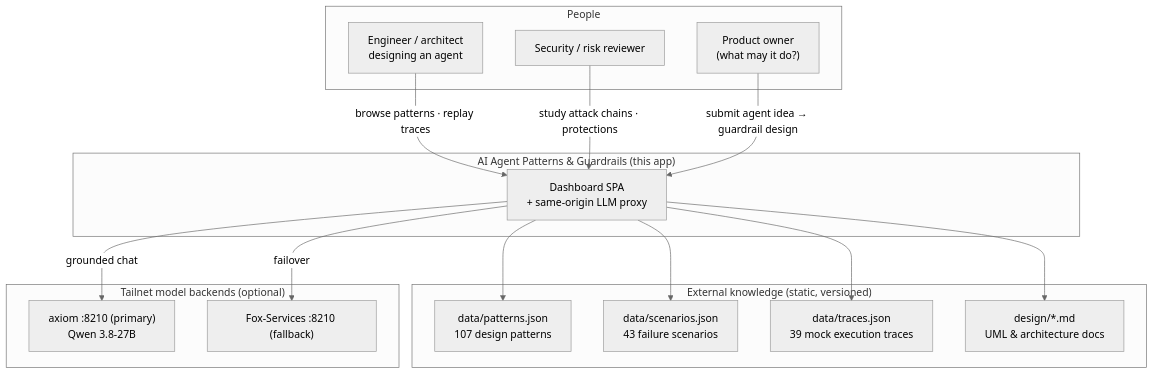
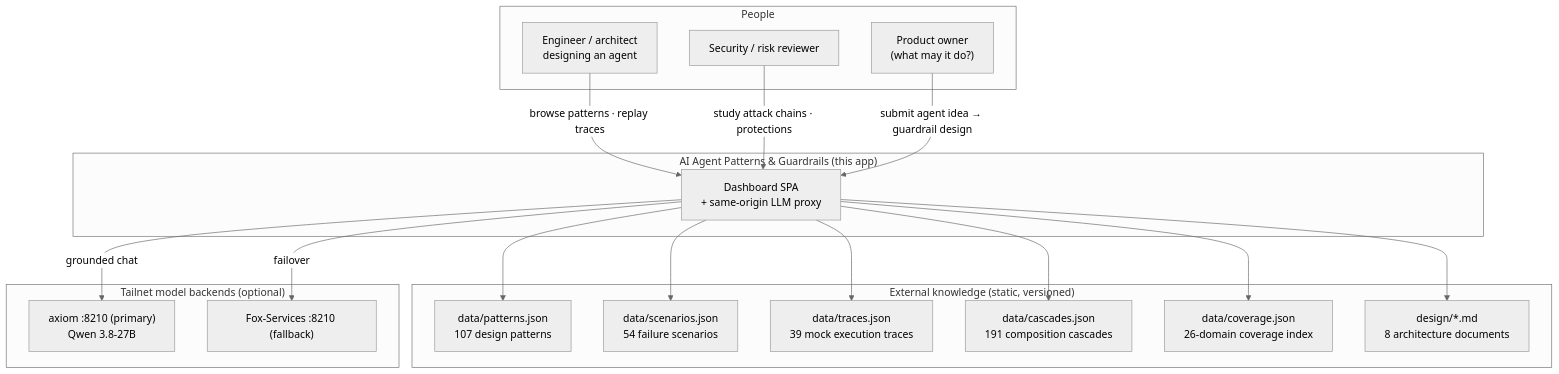
The first of 3 diagrams in design/01-system-context.md (harishgovardhandamodar/AI-Agents-Patterns), drawn with Mermaid (neutral theme) before and after one commit. The commit also changed other lines of this file and 11 other files, not shown here.

First line of the commit message:
Docs: refresh design & architecture for the current app + new runtime/offline doc

````diff
--- a/design/01-system-context.md
+++ b/design/01-system-context.md
@@ -13,35 +13,39 @@
 ```mermaid
 flowchart TB
   subgraph USER["People"]
     ENG["Engineer / architect<br/>designing an agent"]
     SEC["Security / risk reviewer"]
     PM["Product owner<br/>(what may it do?)"]
   end
 
   subgraph SYS["AI Agent Patterns & Guardrails (this app)"]
     DASH["Dashboard SPA<br/>+ same-origin LLM proxy"]
   end
 
   subgraph EXT["External knowledge (static, versioned)"]
     PAT["data/patterns.json<br/>107 design patterns"]
-    SCN["data/scenarios.json<br/>43 failure scenarios"]
+    SCN["data/scenarios.json<br/>54 failure scenarios"]
     TRC["data/traces.json<br/>39 mock execution traces"]
-    DES["design/*.md<br/>UML & architecture docs"]
+    CAS["data/cascades.json<br/>191 composition cascades"]
+    COV["data/coverage.json<br/>26-domain coverage index"]
+    DES["design/*.md<br/>8 architecture documents"]
   end
 
   subgraph LLM["Tailnet model backends (optional)"]
     AXM["axiom :8210 (primary)<br/>Qwen 3.8-27B"]
     FOX["Fox-Services :8210 (fallback)"]
   end
 
   ENG -->|"browse patterns · replay traces"| DASH
   SEC -->|"study attack chains · protections"| DASH
   PM -->|"submit agent idea → guardrail design"| DASH
 
   DASH --> PAT
   DASH --> SCN
   DASH --> TRC
+  DASH --> CAS
+  DASH --> COV
   DASH --> DES
   DASH -->|grounded chat| AXM
   DASH -->|failover| FOX
 ```
````
